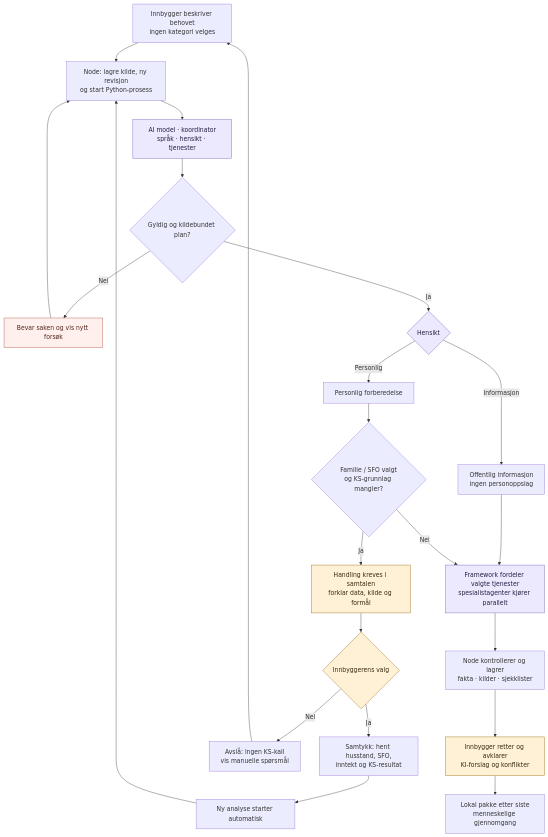
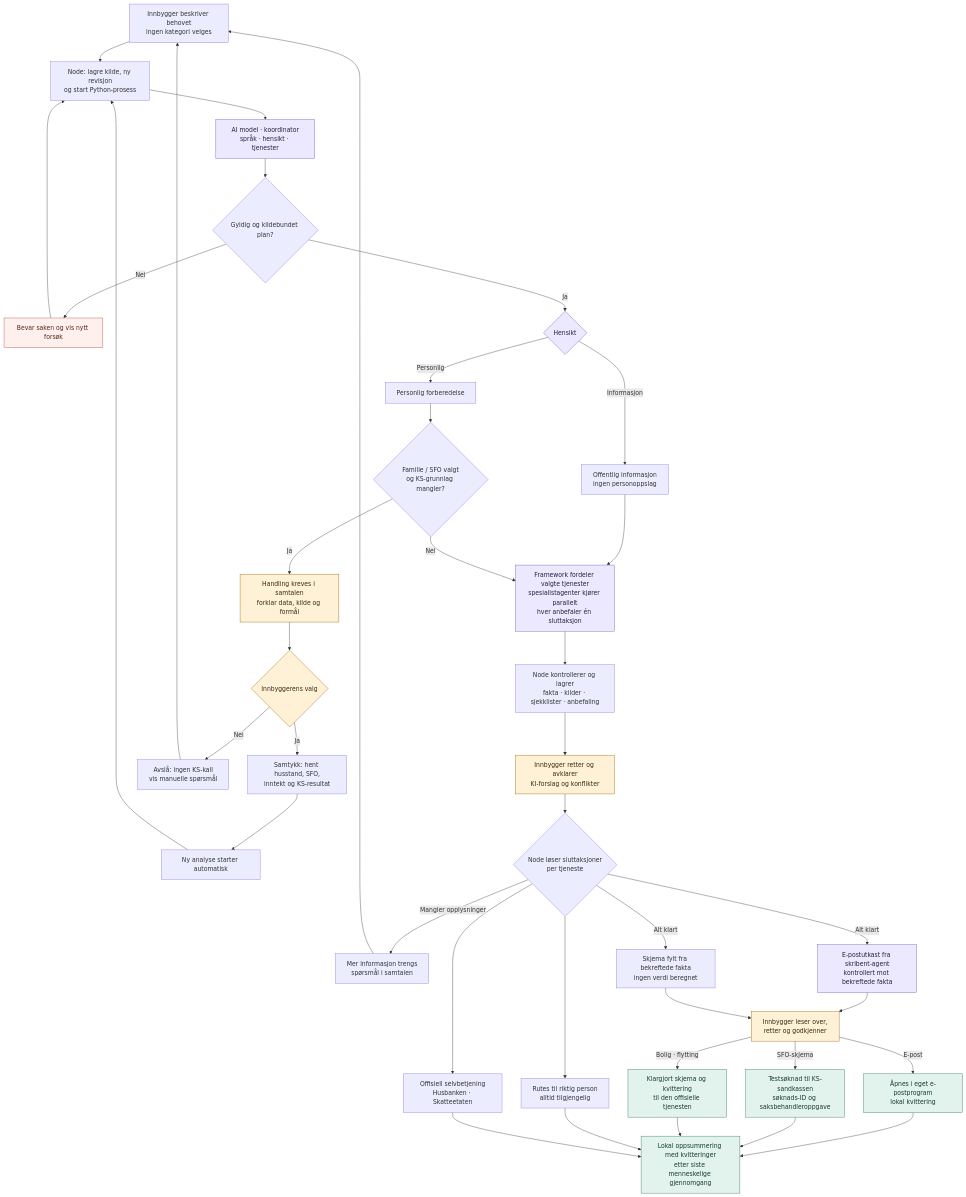
Before and after one commit to ks-no/workshop-ai: the diagram in public/diagrams/agentic-workflow.mmd, drawn with Mermaid. The commit also changed 61 other files, not shown here.

First line of the commit message:
Merge AI Factory model config and add AI-driven step planner for the front-page flow

```diff
--- a/public/diagrams/agentic-workflow.mmd
+++ b/public/diagrams/agentic-workflow.mmd
@@ -1,37 +1,59 @@
 flowchart TB
-  accTitle: Søk én gang – agenten finner behovet og ber om data ved behov
-  accDescr: Innbyggeren skriver fritt. Koordinatoren skiller informasjon fra personlig forberedelse, velger tjenester og viser en menneskelig port bare når KS-data er nødvendig.
+  accTitle: Søk én gang – agenten finner behovet, ber om data ved behov og ender i en handling
+  accDescr: Innbyggeren skriver fritt. Koordinatoren skiller informasjon fra personlig forberedelse, velger tjenester og viser en menneskelig port bare når KS-data er nødvendig. Hver tjeneste ender i en konkret sluttaksjon som innbyggeren leser over og utfører.
   A["Innbygger beskriver behovet<br/>ingen kategori velges"]
   N["Node: lagre kilde, ny revisjon<br/>og start Python-prosess"]
   P["AI model · koordinator<br/>språk · hensikt · tjenester"]
   VALID{"Gyldig og kildebundet plan?"}
   ERROR["Bevar saken og vis nytt forsøk"]
   INTENT{"Hensikt"}
   INFO["Offentlig informasjon<br/>ingen personoppslag"]
   PERSONAL["Personlig forberedelse"]
   FAMILY{"Familie / SFO valgt<br/>og KS-grunnlag mangler?"}
   ACTION["Handling kreves i samtalen<br/>forklar data, kilde og formål"]
   CHOICE{"Innbyggerens valg"}
   KS["Samtykk: hent husstand, SFO,<br/>inntekt og KS-resultat"]
   MANUAL["Avslå: ingen KS-kall<br/>vis manuelle spørsmål"]
   REANALYZE["Ny analyse starter automatisk"]
-  FAN["Framework fordeler valgte tjenester<br/>spesialistagenter kjører parallelt"]
-  SAVE["Node kontrollerer og lagrer<br/>fakta · kilder · sjekklister"]
+  FAN["Framework fordeler valgte tjenester<br/>spesialistagenter kjører parallelt<br/>hver anbefaler én sluttaksjon"]
+  SAVE["Node kontrollerer og lagrer<br/>fakta · kilder · sjekklister · anbefaling"]
   REVIEW["Innbygger retter og avklarer<br/>KI-forslag og konflikter"]
-  READY["Lokal pakke etter siste<br/>menneskelige gjennomgang"]
+  RESOLVE{"Node løser sluttaksjoner<br/>per tjeneste"}
+  CLARIFY["Mer informasjon trengs<br/>spørsmål i samtalen"]
+  CONTACT["Rutes til riktig person<br/>alltid tilgjengelig"]
+  EMAIL["E-postutkast fra skribent-agent<br/>kontrollert mot bekreftede fakta"]
+  FORM["Skjema fylt fra bekreftede fakta<br/>ingen verdi beregnet"]
+  SELF["Offisiell selvbetjening<br/>Husbanken · Skatteetaten"]
+  HUMAN["Innbygger leser over,<br/>retter og godkjenner"]
+  MAIL["Åpnes i eget e-postprogram<br/>lokal kvittering"]
+  KSSUBMIT["Testsøknad til KS-sandkassen<br/>søknads-ID og saksbehandleroppgave"]
+  LOCALFORM["Klargjort skjema og kvittering<br/>til den offisielle tjenesten"]
+  READY["Lokal oppsummering med kvitteringer<br/>etter siste menneskelige gjennomgang"]
   A --> N --> P --> VALID
   VALID -->|Nei| ERROR --> N
   VALID -->|Ja| INTENT
   INTENT -->|Informasjon| INFO --> FAN
   INTENT -->|Personlig| PERSONAL --> FAMILY
   FAMILY -->|Ja| ACTION --> CHOICE
   CHOICE -->|Ja| KS --> REANALYZE --> N
   CHOICE -->|Nei| MANUAL --> A
   FAMILY -->|Nei| FAN
-  FAN --> SAVE --> REVIEW --> READY
+  FAN --> SAVE --> REVIEW --> RESOLVE
+  RESOLVE -->|Mangler opplysninger| CLARIFY --> A
+  RESOLVE --> CONTACT
+  RESOLVE -->|Alt klart| EMAIL --> HUMAN
+  RESOLVE -->|Alt klart| FORM --> HUMAN
+  RESOLVE --> SELF
+  HUMAN -->|E-post| MAIL --> READY
+  HUMAN -->|SFO-skjema| KSSUBMIT --> READY
+  HUMAN -->|Bolig · flytting| LOCALFORM --> READY
+  CONTACT --> READY
+  SELF --> READY
   classDef human fill:#fff1d6,stroke:#946000,color:#362a0e
   classDef model fill:#ece9ff,stroke:#6654b4,color:#252040
   classDef error fill:#fff0ed,stroke:#ac4934,color:#54271d
-  class ACTION,CHOICE,REVIEW human
-  class P,INTENT,FAN model
+  classDef outcome fill:#e2f2ec,stroke:#287460,color:#163b31
+  class ACTION,CHOICE,REVIEW,HUMAN human
+  class P,INTENT,FAN,EMAIL model
   class ERROR error
+  class MAIL,KSSUBMIT,LOCALFORM,READY outcome
```
